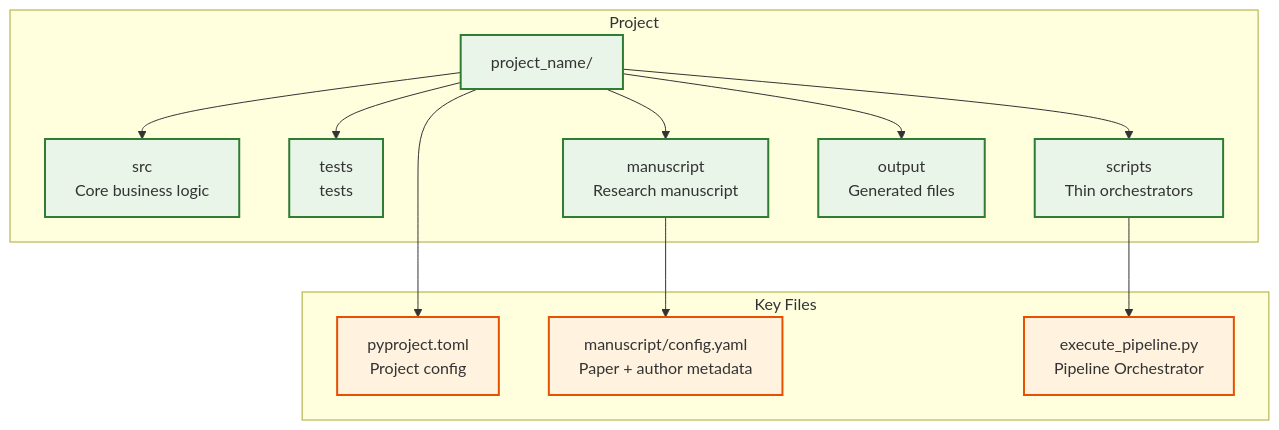
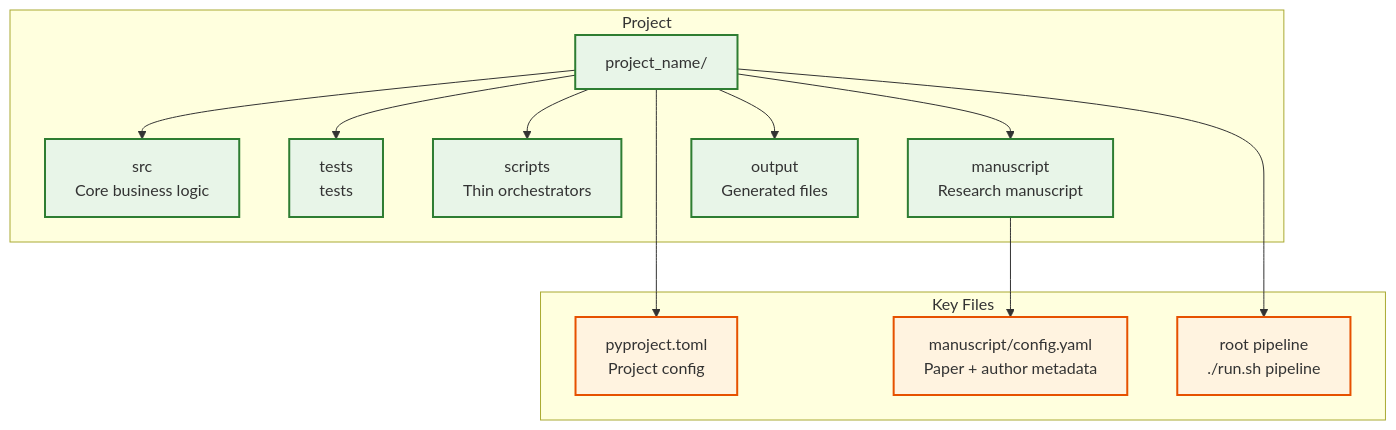
One commit to docxology/template changed the first of 2 diagrams in docs/usage/examples.md. Above: the diagram before and after it, drawn with Mermaid. The commit also changed other lines of this file and 82 other files, not shown here.

````diff
--- a/docs/usage/examples.md
+++ b/docs/usage/examples.md
@@ -106,33 +105,33 @@
 ```mermaid
 graph TB
     subgraph "Project"
         ROOT[project_name/]
         SRC[src<br/>Core business logic]
         TESTS[tests<br/>tests]
         SCRIPTS[scripts<br/>Thin orchestrators]
         MANUSCRIPT[manuscript<br/>Research manuscript]
         OUTPUT[output<br/>Generated files]
     end
 
     subgraph "Key Files"
         PYPROJECT[pyproject.toml<br/>Project config]
         CONFIG[manuscript/config.yaml<br/>Paper + author metadata]
-        RENDER[execute_pipeline.py<br/>Pipeline Orchestrator]
+        RENDER[root pipeline<br/>./run.sh pipeline]
     end
 
     ROOT --> SRC
     ROOT --> TESTS
     ROOT --> SCRIPTS
     ROOT --> MANUSCRIPT
     ROOT --> OUTPUT
 
     ROOT --> PYPROJECT
     MANUSCRIPT --> CONFIG
-    SCRIPTS --> RENDER
+    ROOT --> RENDER
 
     classDef dir fill:#e8f5e8,stroke:#2e7d32,stroke-width:2px
     classDef file fill:#fff3e0,stroke:#e65100,stroke-width:2px
 
     class ROOT,SRC,TESTS,SCRIPTS,MANUSCRIPT,OUTPUT dir
     class PYPROJECT,CONFIG,RENDER file
 ```
````
